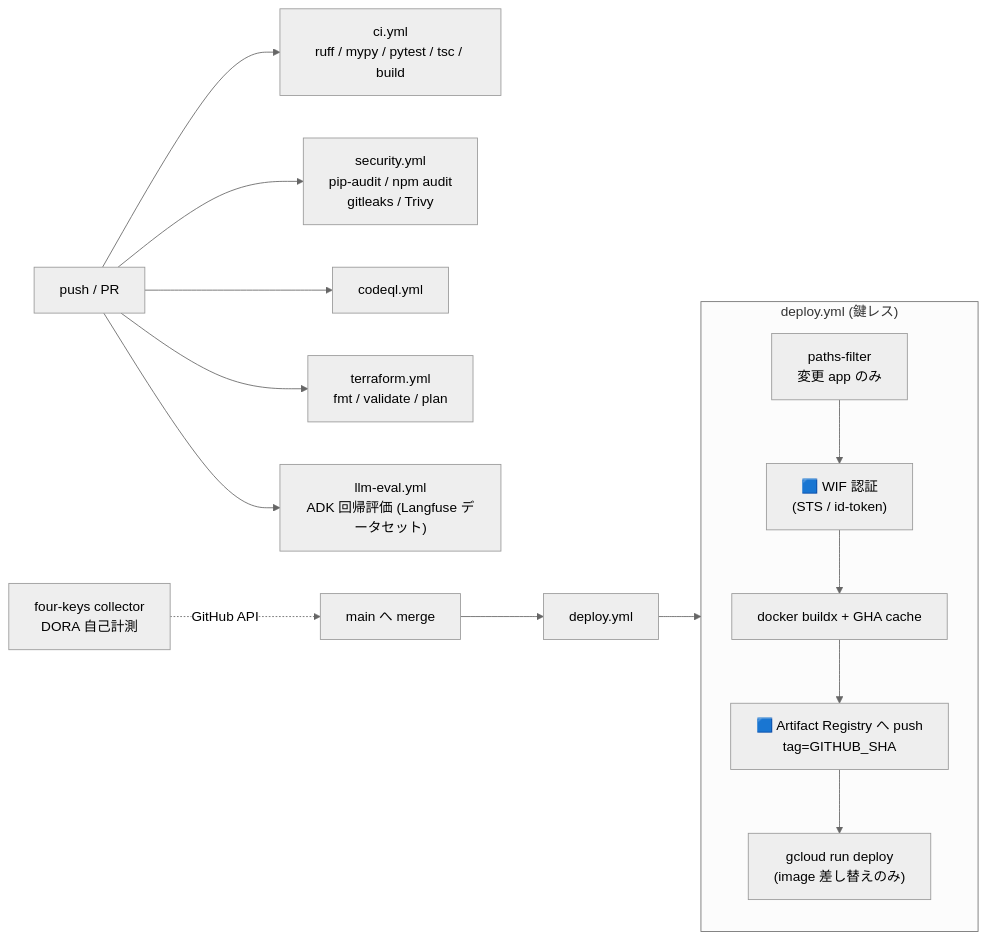
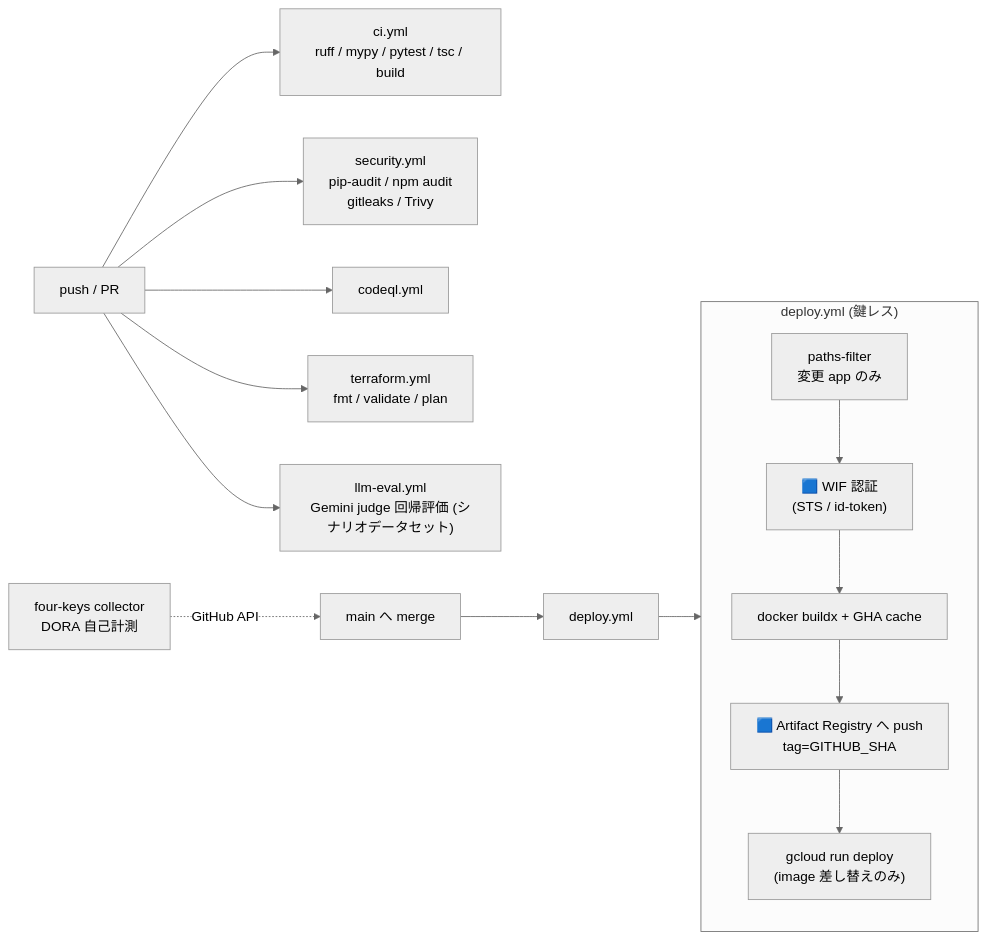
Before and after one commit to godhuu0505/sanba: the ninth of 13 diagrams in docs/reference/architecture-analysis.md, drawn with Mermaid (neutral theme). The commit also changed other lines of this file and 15 other files, not shown here.

````diff
--- a/docs/reference/architecture-analysis.md
+++ b/docs/reference/architecture-analysis.md
@@ -398,19 +396,19 @@
 ```mermaid
 flowchart LR
   DEV["push / PR"] --> CI["ci.yml<br/>ruff / mypy / pytest / tsc / build"]
   DEV --> SEC["security.yml<br/>pip-audit / npm audit<br/>gitleaks / Trivy"]
   DEV --> CQL["codeql.yml"]
   DEV --> TF["terraform.yml<br/>fmt / validate / plan"]
-  DEV --> EVAL["llm-eval.yml<br/>ADK 回帰評価 (Langfuse データセット)"]
+  DEV --> EVAL["llm-eval.yml<br/>Gemini judge 回帰評価 (シナリオデータセット)"]
 
   MAIN["main へ merge"] --> DEPLOY["deploy.yml"]
   subgraph deploy["deploy.yml (鍵レス)"]
     CHG["paths-filter<br/>変更 app のみ"] --> WIF["🟦 WIF 認証<br/>(STS / id-token)"]
     WIF --> BUILD["docker buildx + GHA cache"]
     BUILD --> PUSH["🟦 Artifact Registry へ push<br/>tag=GITHUB_SHA"]
     PUSH --> RUN["gcloud run deploy<br/>(image 差し替えのみ)"]
   end
   DEPLOY --> deploy
 
   FK["four-keys collector<br/>DORA 自己計測"] -.->|GitHub API| MAIN
 ```
````
